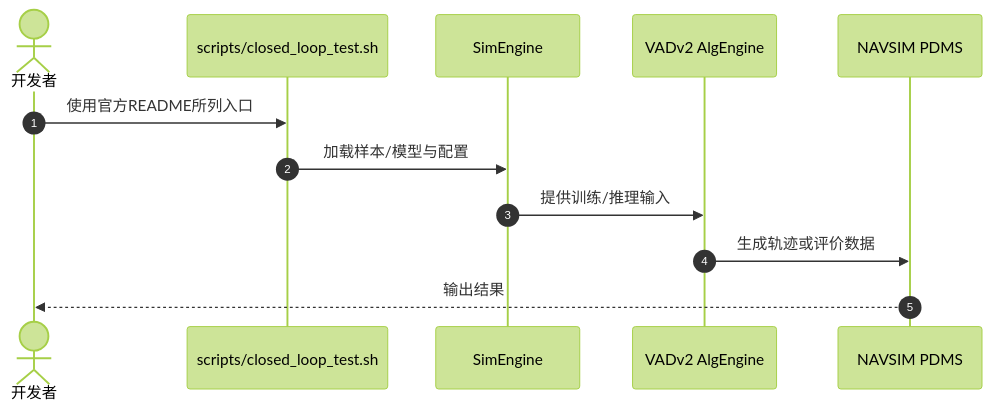
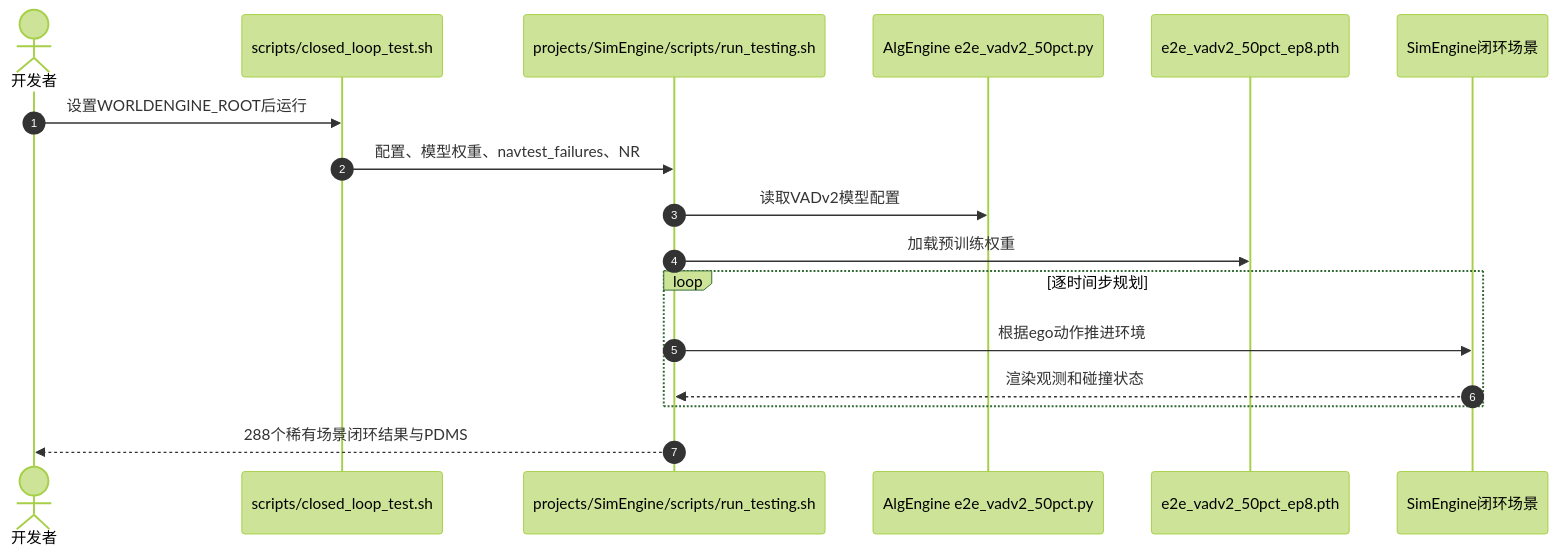
Before and after one commit to ImChong/Robotics_Notebooks: the second of 2 diagrams in wiki/entities/paper-worldengine-2606-19836.md, drawn with Mermaid (forest theme). The commit also changed 8 other files, not shown here.

Commit message:
docs(wiki): 校正 ReCogDrive 官方执行路径并细化源码运行时序图

````diff
--- a/wiki/entities/paper-worldengine-2606-19836.md
+++ b/wiki/entities/paper-worldengine-2606-19836.md
@@ -64,14 +64,19 @@
 ```mermaid
 sequenceDiagram
   autonumber
-  actor User as 开发者
-  participant Script as scripts/closed_loop_test.sh
-  participant First as SimEngine
-  participant Second as VADv2 AlgEngine
-  participant Output as NAVSIM PDMS
-  User->>Script: 使用官方README所列入口
-  Script->>First: 加载样本/模型与配置
-  First->>Second: 提供训练/推理输入
-  Second->>Output: 生成轨迹或评价数据
-  Output-->>User: 输出结果
+  actor Dev as 开发者
+  participant CLI as scripts/closed_loop_test.sh
+  participant Sim as projects/SimEngine/scripts/run_testing.sh
+  participant Config as AlgEngine e2e_vadv2_50pct.py
+  participant CKPT as e2e_vadv2_50pct_ep8.pth
+  participant World as SimEngine闭环场景
+  Dev->>CLI: 设置WORLDENGINE_ROOT后运行
+  CLI->>Sim: 配置、模型权重、navtest_failures、NR
+  Sim->>Config: 读取VADv2模型配置
+  Sim->>CKPT: 加载预训练权重
+  loop 逐时间步规划
+    Sim->>World: 根据ego动作推进环境
+    World-->>Sim: 渲染观测和碰撞状态
+  end
+  Sim-->>Dev: 288个稀有场景闭环结果与PDMS
 ```
````
